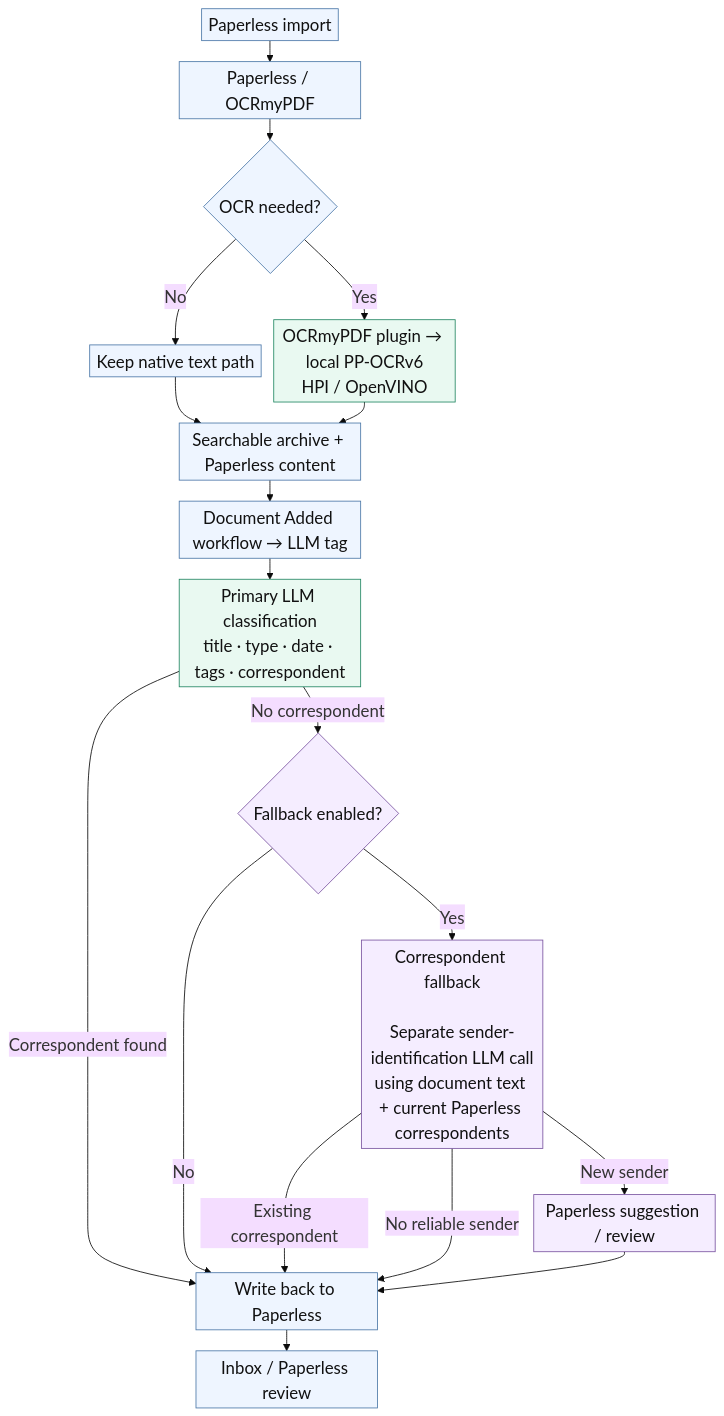
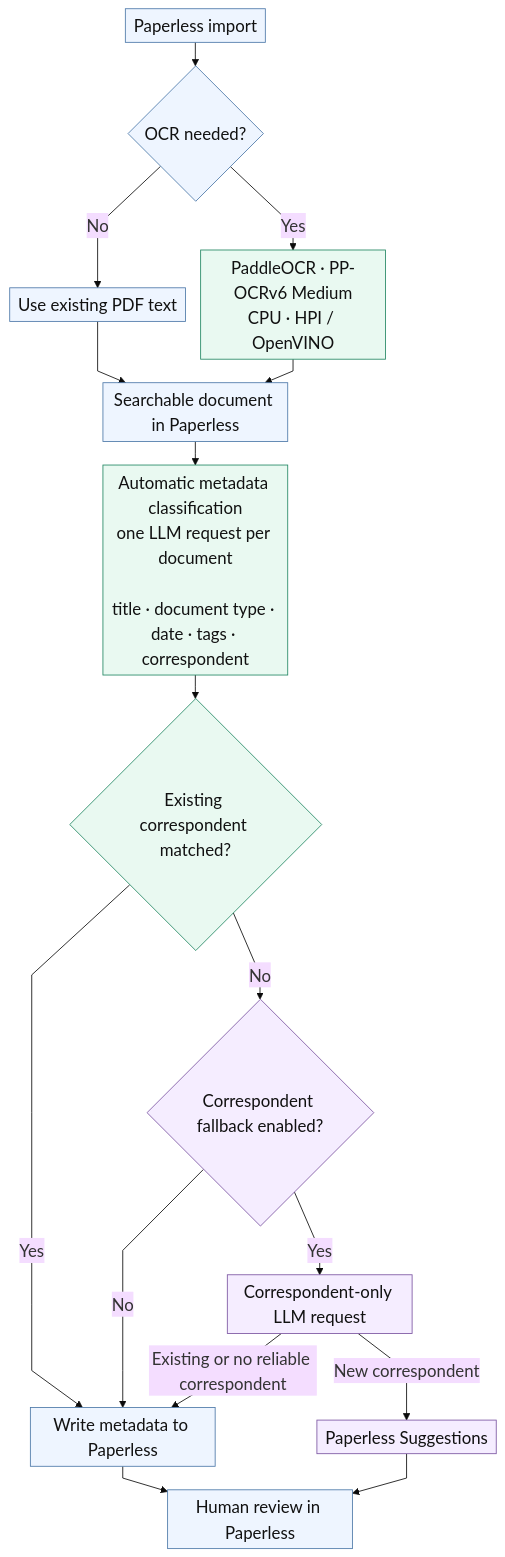
The diagram in docs/diagrams/paperless-flow.mmd (lucaperl/paperless-local-ai), drawn with Mermaid before and after one commit. The commit also changed 6 other files, not shown here.

```diff
--- a/docs/diagrams/paperless-flow.mmd
+++ b/docs/diagrams/paperless-flow.mmd
@@ -1,45 +1,45 @@
 %%{init: {
   "theme": "base",
   "themeVariables": {
     "fontSize": "20px"
   },
   "flowchart": {
-    "nodeSpacing": 15,
-    "rankSpacing": 25,
-    "padding": 4
+    "nodeSpacing": 18,
+    "rankSpacing": 28,
+    "padding": 5,
+    "curve": "linear"
   }
 }}%%
 
 flowchart TB
-    A["Paperless import"] --> B["Paperless / OCRmyPDF"]
-    B --> C{"OCR needed?"}
+    A["Paperless import"] --> B{"OCR needed?"}
 
-    C -->|No| T["Keep native text path"]
-    C -->|Yes| O["OCRmyPDF plugin → local PP-OCRv6<br/>HPI / OpenVINO"]
+    B -->|No| N["Use existing PDF text"]
+    B -->|Yes| O["PaddleOCR · PP-OCRv6 Medium<br/>CPU · HPI / OpenVINO"]
 
-    T --> P["Searchable archive + Paperless content"]
+    N --> P["Searchable document in Paperless"]
     O --> P
 
-    P --> Q["Document Added workflow → LLM tag"]
-    Q --> D["Primary LLM classification<br/>title · type · date · tags · correspondent"]
+    P --> D["Automatic metadata classification<br/>one LLM request per document<br/><br/>title · document type · date · tags · correspondent"]
 
-    D -->|Correspondent found| W["Write back to Paperless"]
-    D -->|No correspondent| E{"Fallback enabled?"}
+    D --> C{"Existing correspondent matched?"}
+
+    C -->|Yes| W["Write metadata to Paperless"]
+    C -->|No| E{"Correspondent fallback enabled?"}
 
     E -->|No| W
-    E -->|Yes| F["Correspondent fallback<br/><br/>Separate sender-identification LLM call<br/>using document text + current Paperless correspondents"]
+    E -->|Yes| F["Correspondent-only LLM request"]
 
-    F -->|Existing correspondent| W
-    F -->|New sender| S["Paperless suggestion / review"]
-    F -->|No reliable sender| W
-    S --> W
+    F -->|Existing or no reliable correspondent| W
+    F -->|New correspondent| S["Paperless Suggestions"]
 
-    W --> R["Inbox / Paperless review"]
+    W --> R["Human review in Paperless"]
+    S --> R
 
     classDef paperless fill:#eef5ff,stroke:#4c78a8,color:#111;
     classDef local fill:#e9f9f1,stroke:#238763,color:#111;
     classDef fallback fill:#f5edff,stroke:#7b55a1,color:#111;
 
-    class A,B,C,T,P,Q,W,R paperless;
-    class O,D local;
+    class A,B,N,P,W,R paperless;
+    class O,D,C local;
     class E,F,S fallback;
```
